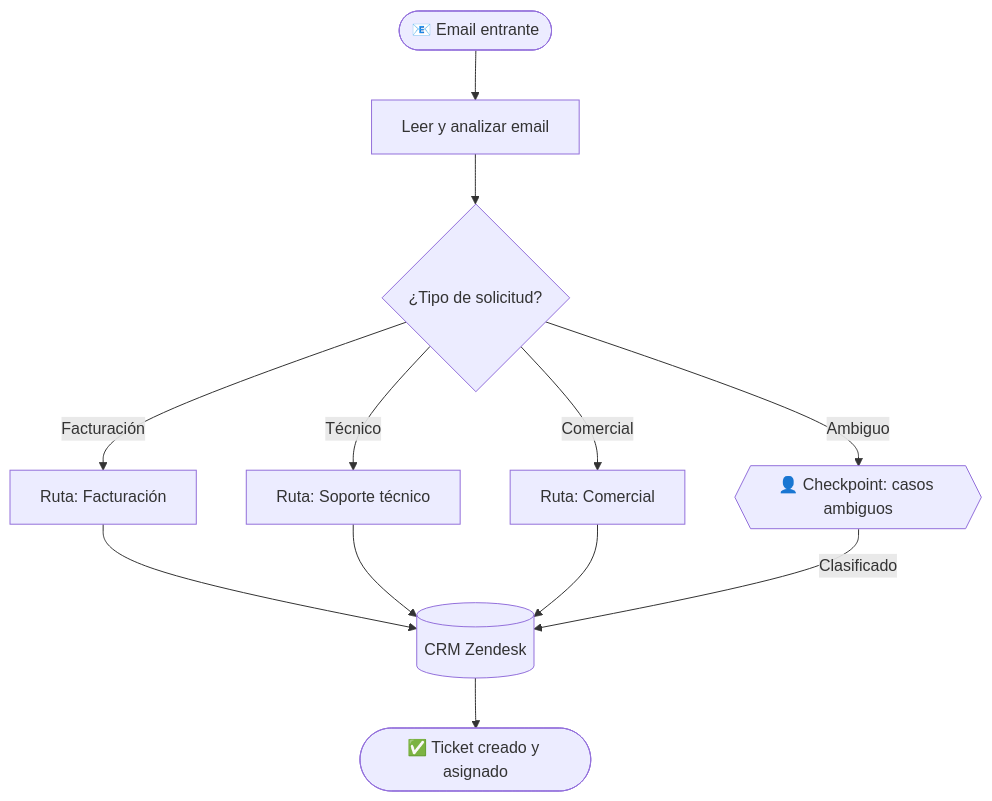
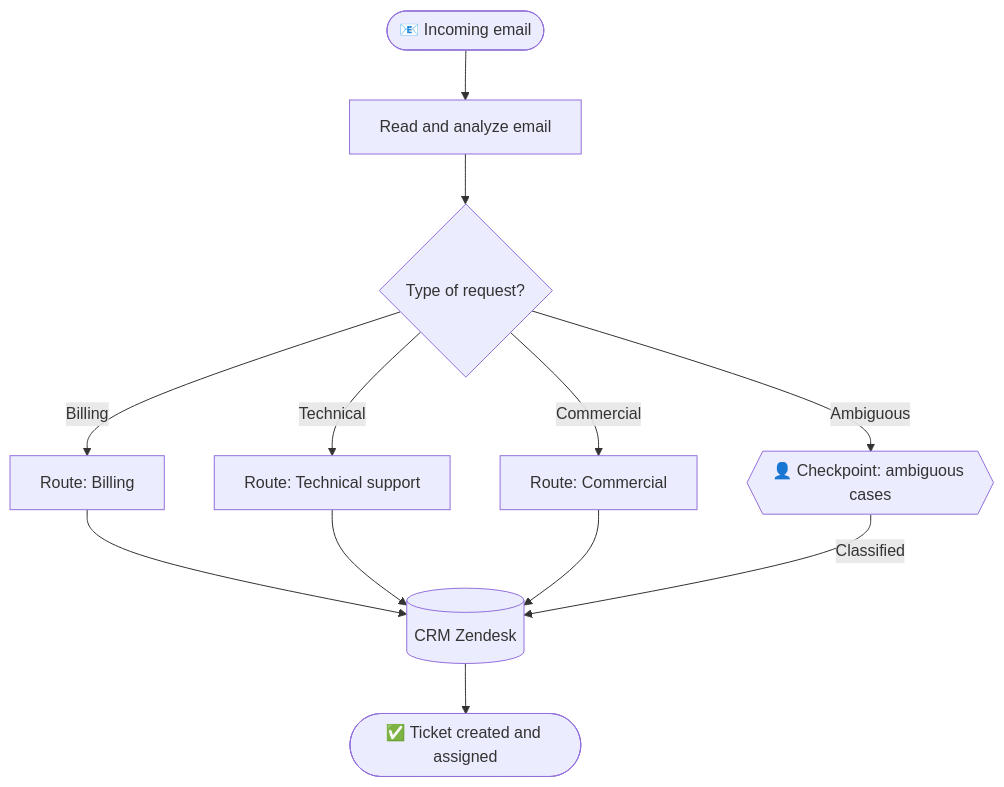
The third of 3 diagrams in .agents/skills/ski-diagram-generator/SKILL.md (luisdomarco/AiAgentArchitect), drawn with Mermaid before and after one commit. The commit also changed other lines of this file and 79 other files, not shown here.

````diff
--- a/.agents/skills/ski-diagram-generator/SKILL.md
+++ b/.agents/skills/ski-diagram-generator/SKILL.md
@@ -172,23 +176,23 @@
 ```mermaid
 flowchart TD
-    START([📧 Email entrante])
-    
-    P1[Leer y analizar email]
-    D1{¿Tipo de solicitud?}
-    P2A[Ruta: Facturación]
-    P2B[Ruta: Soporte técnico]
-    P2C[Ruta: Comercial]
+    START([📧 Incoming email])
+
+    P1[Read and analyze email]
+    D1{Type of request?}
+    P2A[Route: Billing]
+    P2B[Route: Technical support]
+    P2C[Route: Commercial]
     EXT[(CRM Zendesk)]
-    CP1{{"👤 Checkpoint: casos ambiguos"}}
-    END([✅ Ticket creado y asignado])
-    
+    CP1{{"👤 Checkpoint: ambiguous cases"}}
+    END([✅ Ticket created and assigned])
+
     START --> P1
     P1 --> D1
-    D1 -->|Facturación| P2A
-    D1 -->|Técnico| P2B
-    D1 -->|Comercial| P2C
-    D1 -->|Ambiguo| CP1
+    D1 -->|Billing| P2A
+    D1 -->|Technical| P2B
+    D1 -->|Commercial| P2C
+    D1 -->|Ambiguous| CP1
     P2A & P2B & P2C --> EXT
-    CP1 -->|Clasificado| EXT
+    CP1 -->|Classified| EXT
     EXT --> END
 ```
````
